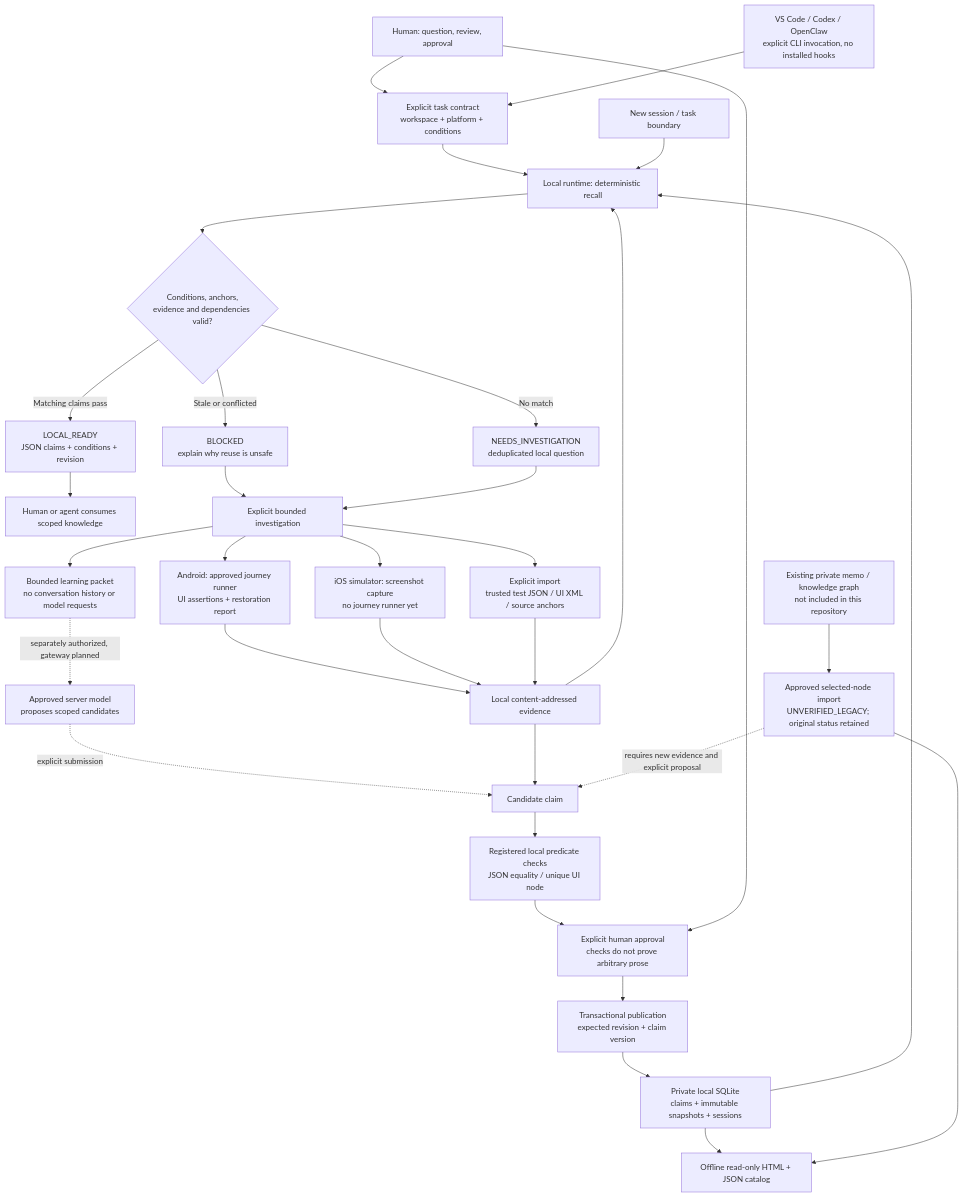
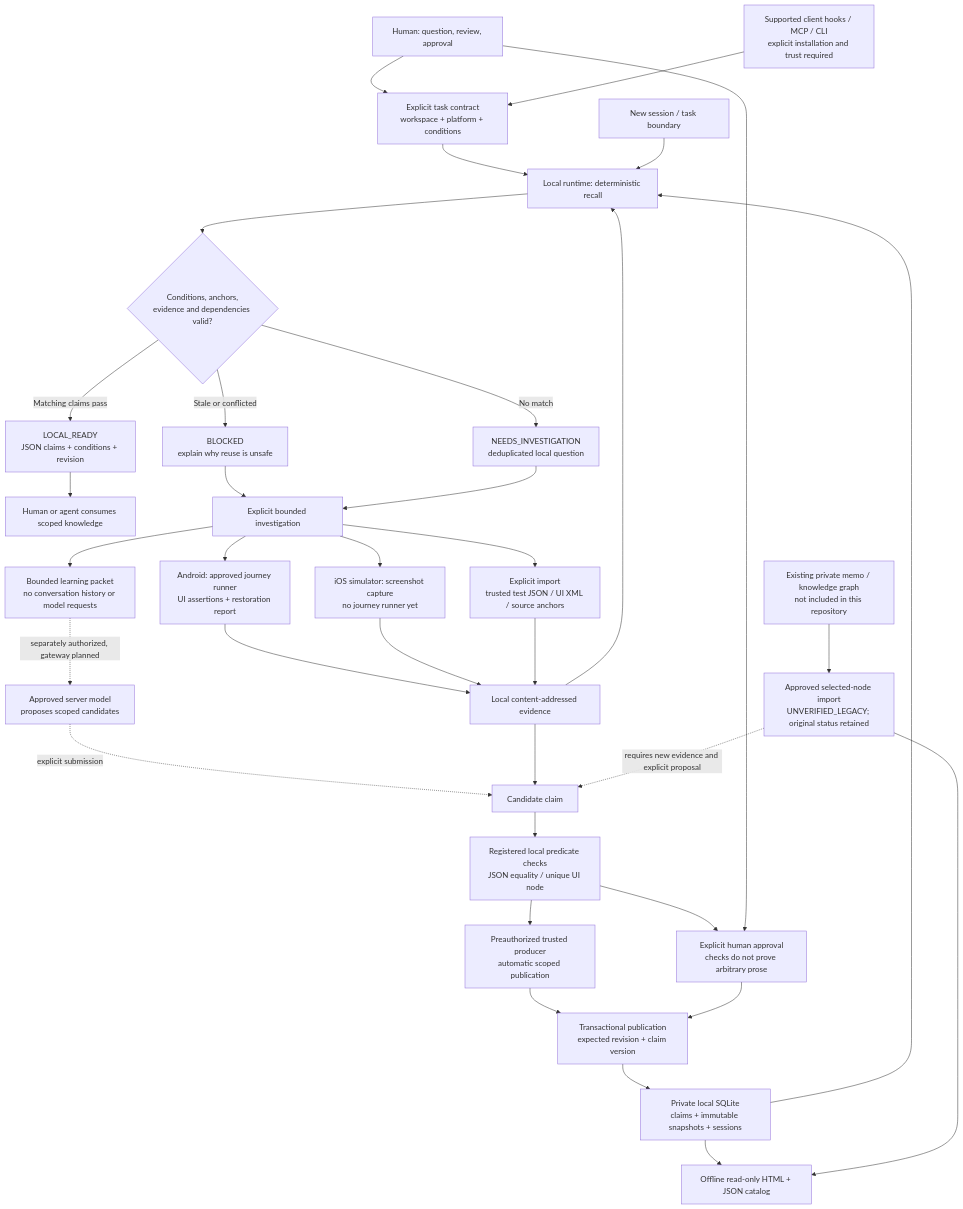
The first of 3 diagrams in README.md (yuzhongqi/clone-yourself), drawn with Mermaid before and after one commit. The commit also changed other lines of this file and 15 other files, not shown here.

First line of the commit message:
Implement automatic verified milestones and trusted cross-client recall

````diff
--- a/README.md
+++ b/README.md
@@ -74,35 +74,37 @@
 ```mermaid
 flowchart TD
     Human["Human: question, review, approval"] --> Task["Explicit task contract<br/>workspace + platform + conditions"]
-    Clients["VS Code / Codex / OpenClaw<br/>explicit CLI invocation, no installed hooks"] --> Task
+    Clients["Supported client hooks / MCP / CLI<br/>explicit installation and trust required"] --> Task
     Task --> Recall["Local runtime: deterministic recall"]
     Recall --> Gate{"Conditions, anchors,<br/>evidence and dependencies valid?"}
     Gate -->|Matching claims pass| Ready["LOCAL_READY<br/>JSON claims + conditions + revision"]
     Ready --> Consumer["Human or agent consumes scoped knowledge"]
     Gate -->|Stale or conflicted| Blocked["BLOCKED<br/>explain why reuse is unsafe"]
     Gate -->|No match| Gap["NEEDS_INVESTIGATION<br/>deduplicated local question"]
     Blocked --> Investigate["Explicit bounded investigation"]
     Gap --> Investigate
     Investigate --> Android["Android: approved journey runner<br/>UI assertions + restoration report"]
     Investigate --> iOS["iOS simulator: screenshot capture<br/>no journey runner yet"]
     Investigate --> Import["Explicit import<br/>trusted test JSON / UI XML / source anchors"]
     Investigate --> Packet["Bounded learning packet<br/>no conversation history or model requests"]
     Packet -. separately authorized, gateway planned .-> Model["Approved server model<br/>proposes scoped candidates"]
     Model -. explicit submission .-> Candidate["Candidate claim"]
     Android --> Evidence["Local content-addressed evidence"]
     iOS --> Evidence
     Import --> Evidence
     Evidence --> Candidate
     Candidate --> Verify["Registered local predicate checks<br/>JSON equality / unique UI node"]
+    Verify --> Policy["Preauthorized trusted producer<br/>automatic scoped publication"]
+    Policy --> Publish
     Verify --> Review["Explicit human approval<br/>checks do not prove arbitrary prose"]
     Human --> Review
     Review --> Publish["Transactional publication<br/>expected revision + claim version"]
     Publish --> DB["Private local SQLite<br/>claims + immutable snapshots + sessions"]
     DB --> Recall
     Evidence --> Recall
     Next["New session / task boundary"] --> Recall
     DB --> Portal["Offline read-only HTML + JSON catalog"]
     Legacy["Existing private memo / knowledge graph<br/>not included in this repository"] --> Intake["Approved selected-node import<br/>UNVERIFIED_LEGACY; original status retained"]
     Intake --> Portal
     Intake -. requires new evidence and explicit proposal .-> Candidate
 ```
````
